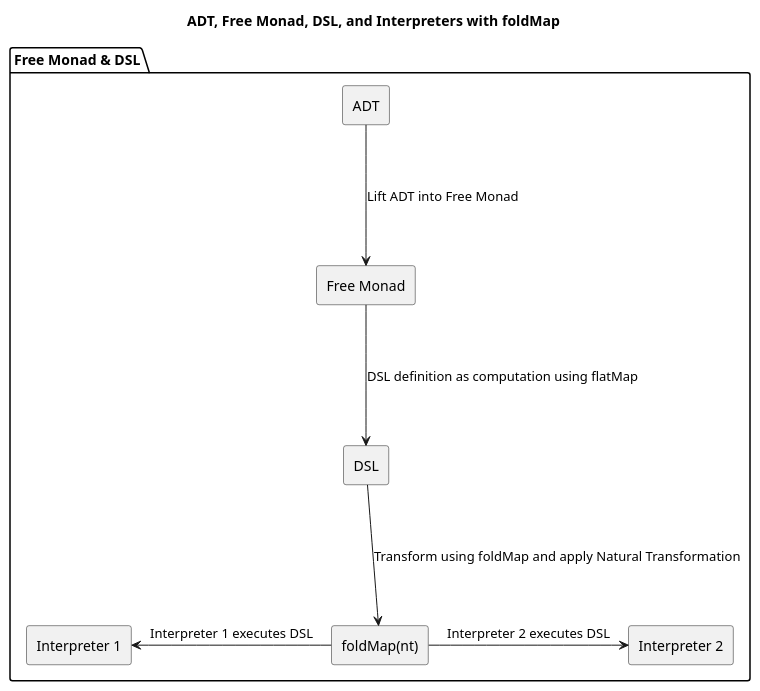
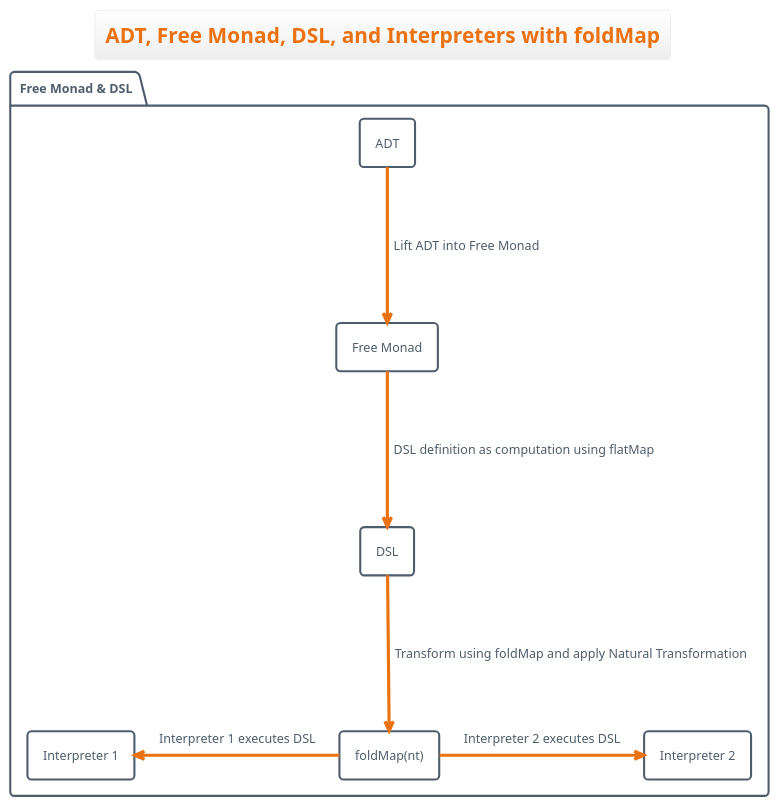
Before and after one commit to mavaji/free-monad: the diagram in docs/04-free.md, drawn with PlantUML. The commit also changed 9 other files, not shown here.

Commit message:
Update diagrams

````diff
--- a/docs/04-free.md
+++ b/docs/04-free.md
@@ -1,26 +1,28 @@
 ```plantuml
 @startuml
+!theme aws-orange
+skinparam defaultFontName "Gabriele Black Ribbon FG"
 title ADT, Free Monad, DSL, and Interpreters with foldMap
 
 package "Free Monad & DSL" {
   rectangle "ADT" as ADT
   rectangle "Free Monad" as FreeMonad
   rectangle "DSL" as DSL
   rectangle "Interpreter 1" as Interpreter1
   rectangle "Interpreter 2" as Interpreter2
   rectangle "foldMap(nt)" as foldMap
 }
 
 ADT -d--> FreeMonad : "Lift ADT into Free Monad"
 
 FreeMonad -d--> DSL : "DSL definition as computation using flatMap"
 
 
 DSL -d--> foldMap : "Transform using foldMap and apply Natural Transformation"
 
 ' Interpreters interpret the transformed DSL
 foldMap -l--> Interpreter1 : "Interpreter 1 executes DSL"
 foldMap -r--> Interpreter2 : "Interpreter 2 executes DSL"
 
 @enduml
 ```
````
